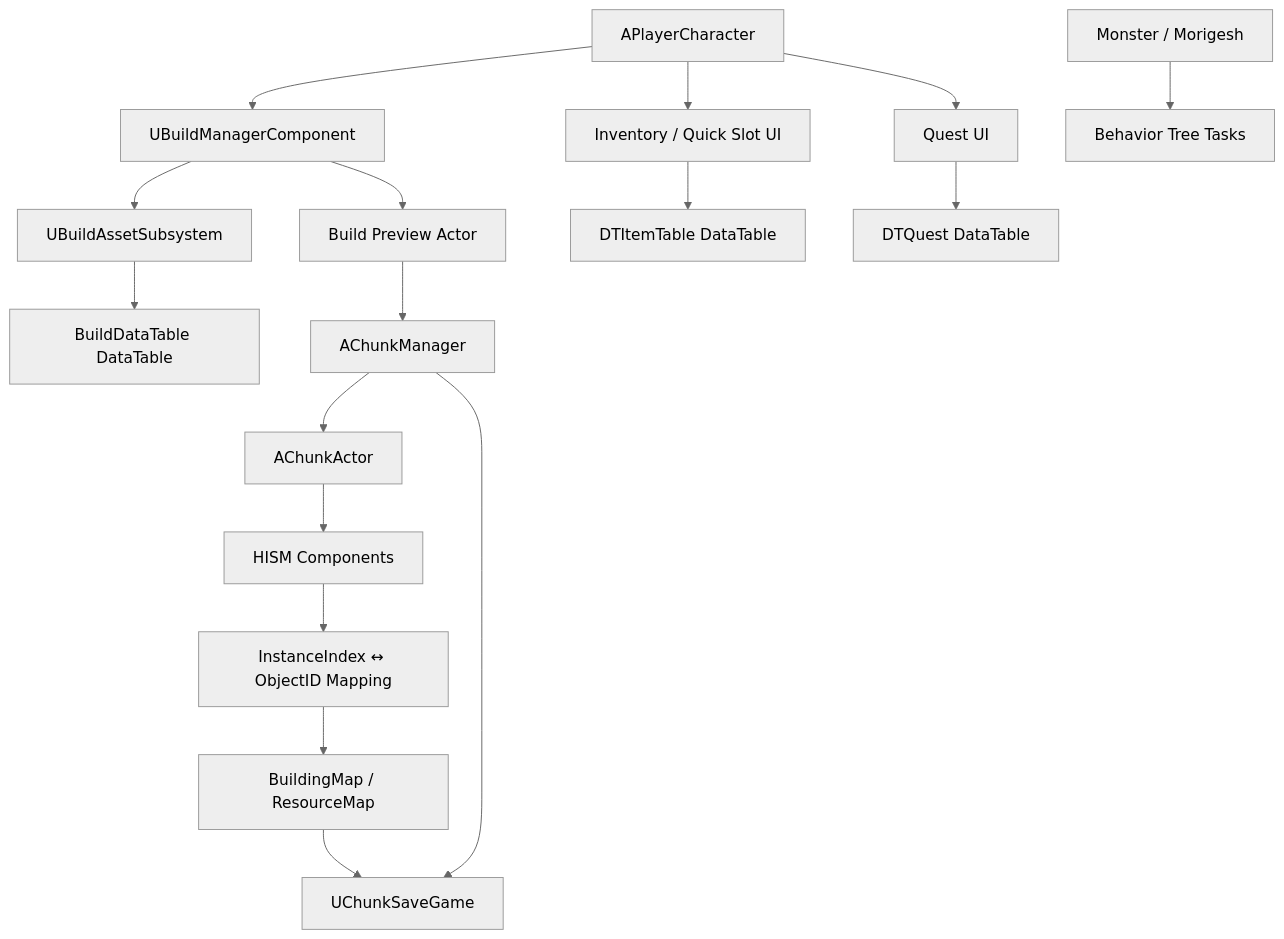
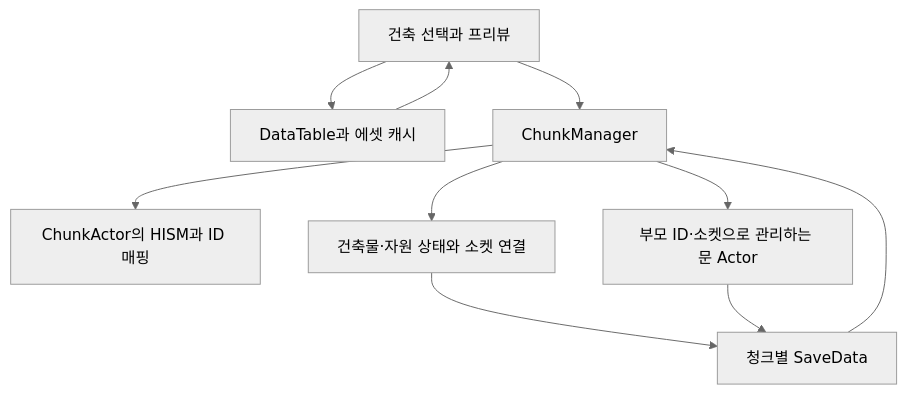
The second of 2 diagrams in README.md (tjwjdah/Unreal4.26_Portfolio), drawn with Mermaid (neutral theme) before and after one commit. The commit also changed other lines of this file, not shown here.

````diff
--- a/README.md
+++ b/README.md
@@ -101,21 +110,12 @@
 ```mermaid
 flowchart TD
-    Player[APlayerCharacter] --> BuildManager[UBuildManagerComponent]
-    BuildManager --> BuildAssetSubsystem[UBuildAssetSubsystem]
-    BuildAssetSubsystem --> BuildDataTable[BuildDataTable DataTable]
-    BuildManager --> Preview[Build Preview Actor]
-    Preview --> ChunkManager[AChunkManager]
-
-    ChunkManager --> ChunkActor[AChunkActor]
-    ChunkActor --> HISM[HISM Components]
-    HISM --> IDMap[InstanceIndex ↔ ObjectID Mapping]
-    IDMap --> RuntimeMap[BuildingMap / ResourceMap]
-    RuntimeMap --> SaveGame[UChunkSaveGame]
-    ChunkManager --> SaveGame
-
-    Player --> Inventory[Inventory / Quick Slot UI]
-    Inventory --> ItemData[DTItemTable DataTable]
-    Player --> Quest[Quest UI]
-    Quest --> QuestData[DTQuest DataTable]
-    Monster[Monster / Morigesh] --> BT[Behavior Tree Tasks]
+    Preview[건축 선택과 프리뷰] --> Assets[DataTable과 에셋 캐시]
+    Assets --> Preview
+    Preview --> Manager[ChunkManager]
+    Manager --> Chunk[ChunkActor의 HISM과 ID 매핑]
+    Manager --> State[건축물·자원 상태와 소켓 연결]
+    Manager --> Door[부모 ID·소켓으로 관리하는 문 Actor]
+    State --> Save[청크별 SaveData]
+    Door --> Save
+    Save --> Manager
 ```
````
